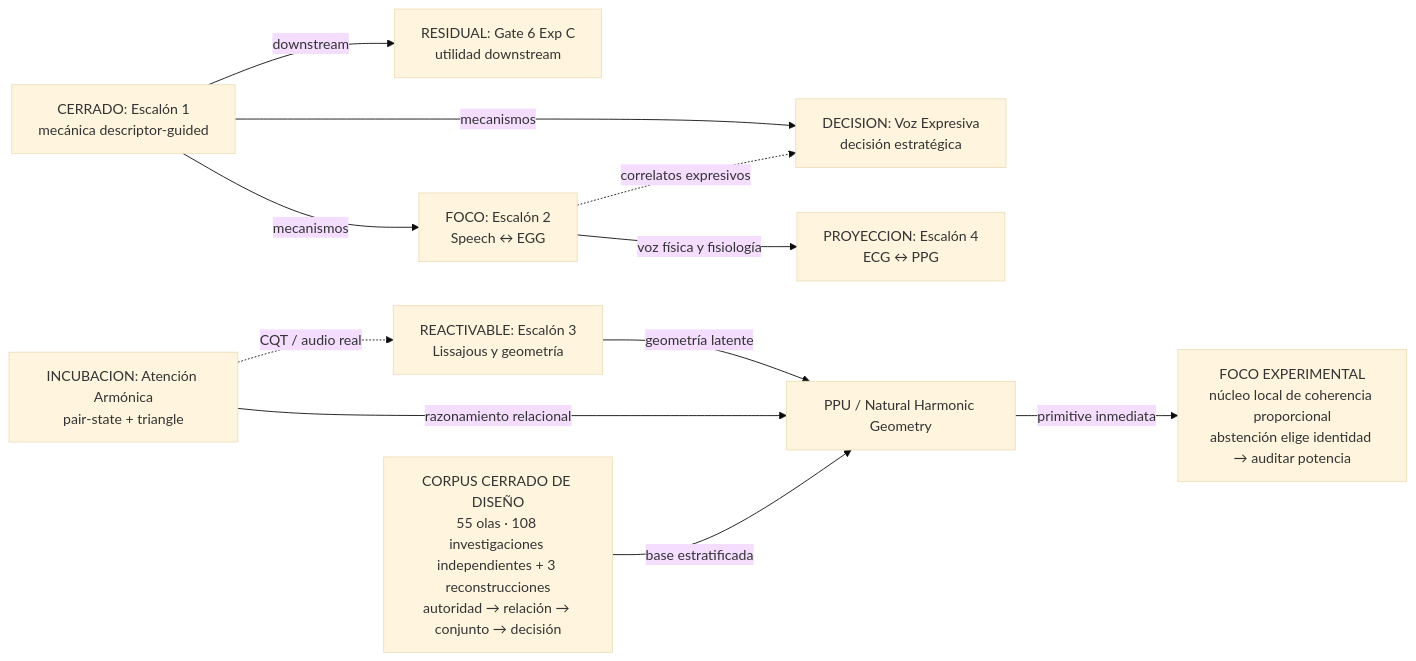
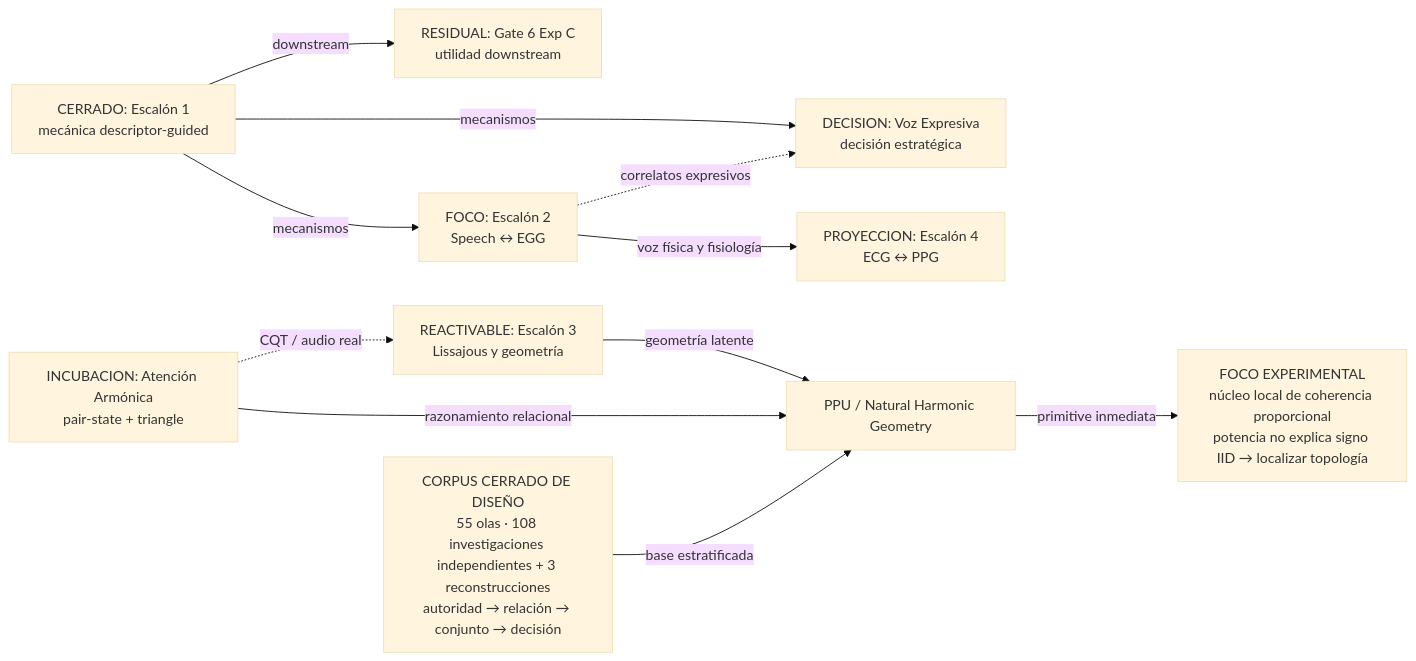
The first of 2 diagrams in Documents/05_WIKI/MAPA_VISUAL_DEL_PROGRAMA.md (Mar-IA-no/Phideus), drawn with Mermaid (base theme) before and after one commit. The commit also changed other lines of this file and 10 other files, not shown here.

````diff
--- a/Documents/05_WIKI/MAPA_VISUAL_DEL_PROGRAMA.md
+++ b/Documents/05_WIKI/MAPA_VISUAL_DEL_PROGRAMA.md
@@ -43,24 +44,24 @@
 ```mermaid
 flowchart LR
     E1["CERRADO: Escalón 1<br/>mecánica descriptor-guided"]
     G6["RESIDUAL: Gate 6 Exp C<br/>utilidad downstream"]
     E2["FOCO: Escalón 2<br/>Speech ↔ EGG"]
     VE["DECISION: Voz Expresiva<br/>decisión estratégica"]
     E3["REACTIVABLE: Escalón 3<br/>Lissajous y geometría"]
     AA["INCUBACION: Atención Armónica<br/>pair-state + triangle"]
     E4["PROYECCION: Escalón 4<br/>ECG ↔ PPG"]
     PPU["PPU / Natural Harmonic Geometry"]
     GT["CORPUS CERRADO DE DISEÑO<br/>55 olas · 108 investigaciones independientes + 3 reconstrucciones<br/>autoridad → relación → conjunto → decisión"]
-    NCP["FOCO EXPERIMENTAL<br/>núcleo local de coherencia proporcional<br/>abstención elige identidad → auditar potencia"]
+    NCP["FOCO EXPERIMENTAL<br/>núcleo local de coherencia proporcional<br/>potencia no explica signo IID → localizar topología"]
 
     E1 -->|mecanismos| E2
     E1 -->|mecanismos| VE
     E1 -->|downstream| G6
     E2 -->|voz física y fisiología| E4
     E2 -.->|correlatos expresivos| VE
     E3 -->|geometría latente| PPU
     AA -->|razonamiento relacional| PPU
     GT -->|base estratificada| PPU
     PPU -->|primitive inmediata| NCP
     AA -.->|CQT / audio real| E3
 ```
````
